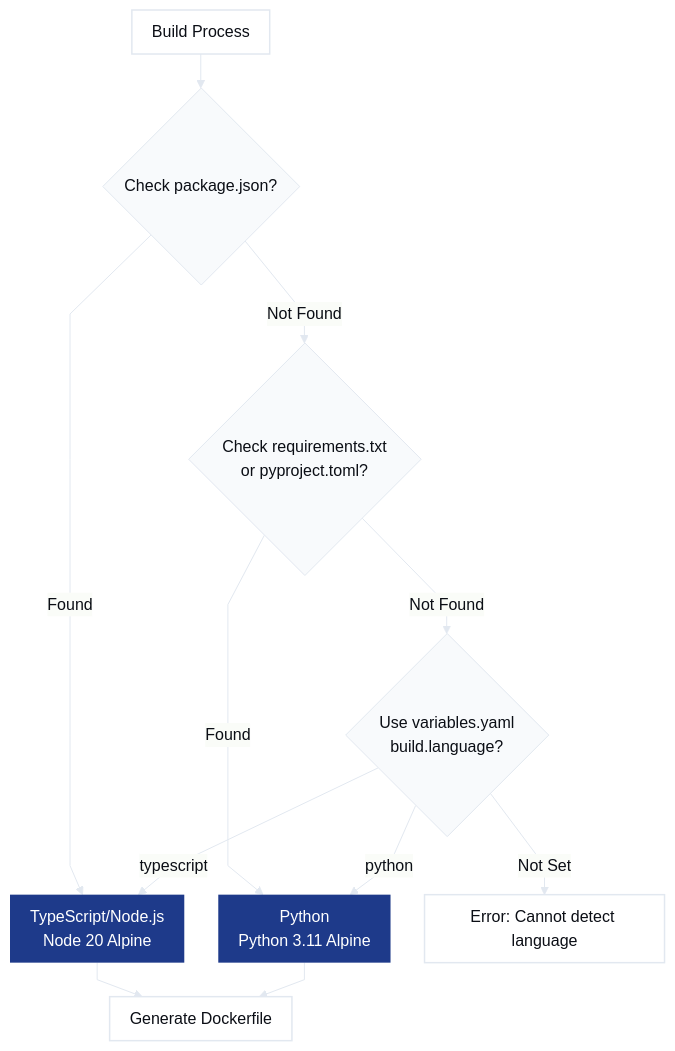
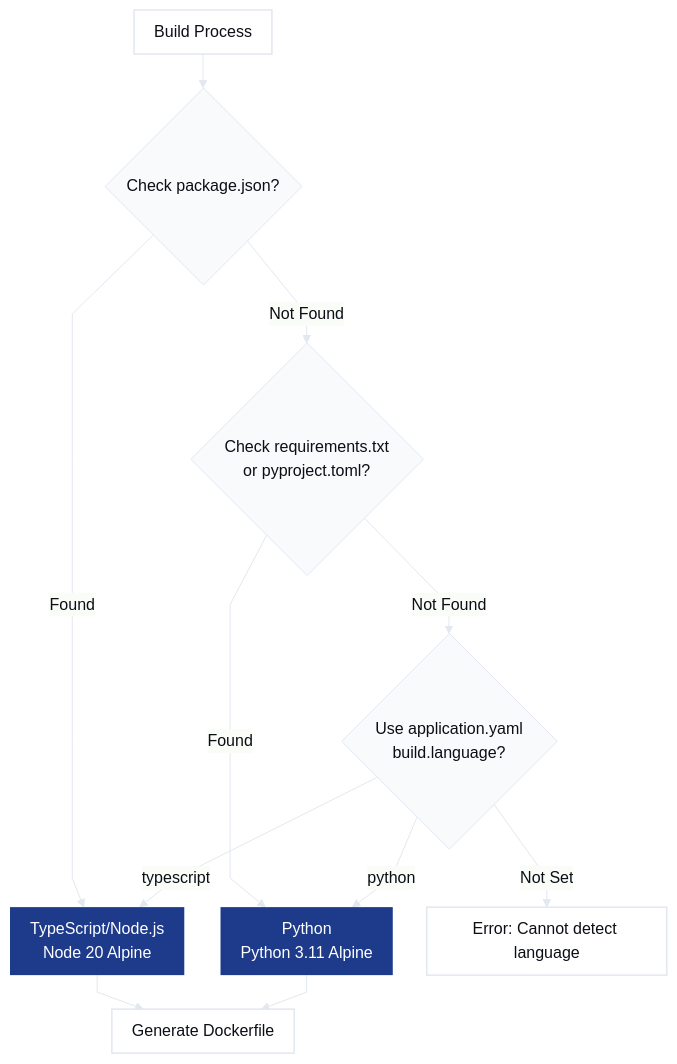
One commit to esystemsdev/aifabrix-builder changed the second of 3 diagrams in docs/building.md. Above: the diagram before and after it, drawn with Mermaid. The commit also changed other lines of this file and 259 other files, not shown here.

````diff
--- a/docs/building.md
+++ b/docs/building.md
@@ -115,46 +115,46 @@
 ```mermaid
 %%{init: {
   "theme": "base",
   "themeVariables": {
     "fontFamily": "Poppins, Arial Rounded MT Bold, Arial, sans-serif",
     "fontSize": "16px",
     "background": "#FFFFFF",
     "primaryColor": "#F8FAFC",
     "primaryTextColor": "#0B0E15",
     "primaryBorderColor": "#E2E8F0",
     "lineColor": "#E2E8F0",
     "textColor": "#0B0E15",
     "borderRadius": 16
   },
   "flowchart": {
     "curve": "linear",
     "nodeSpacing": 34,
     "rankSpacing": 34,
     "padding": 10
   }
 }}%%
 
 flowchart TD
 
 %% =======================
 %% Styles
 %% =======================
 classDef base fill:#FFFFFF,color:#0B0E15,stroke:#E2E8F0,stroke-width:1.5px;
 classDef medium fill:#1E3A8A,color:#ffffff,stroke-width:0px;
 classDef primary fill:#0062FF,color:#ffffff,stroke-width:0px;
 
 %% =======================
 %% Flow
 %% =======================
 Start[Build Process]:::base --> CheckPackage{Check package.json?}
 CheckPackage -->|Found| TypeScript[TypeScript/Node.js<br/>Node 20 Alpine]:::medium
 CheckPackage -->|Not Found| CheckRequirements{Check requirements.txt<br/>or pyproject.toml?}
 CheckRequirements -->|Found| Python[Python<br/>Python 3.11 Alpine]:::medium
-CheckRequirements -->|Not Found| UseConfig{Use variables.yaml<br/>build.language?}
+CheckRequirements -->|Not Found| UseConfig{Use application.yaml<br/>build.language?}
 UseConfig -->|typescript| TypeScript
 UseConfig -->|python| Python
 UseConfig -->|Not Set| Error[Error: Cannot detect language]:::base
 
 TypeScript --> Dockerfile[Generate Dockerfile]:::base
 Python --> Dockerfile
 ```
````
